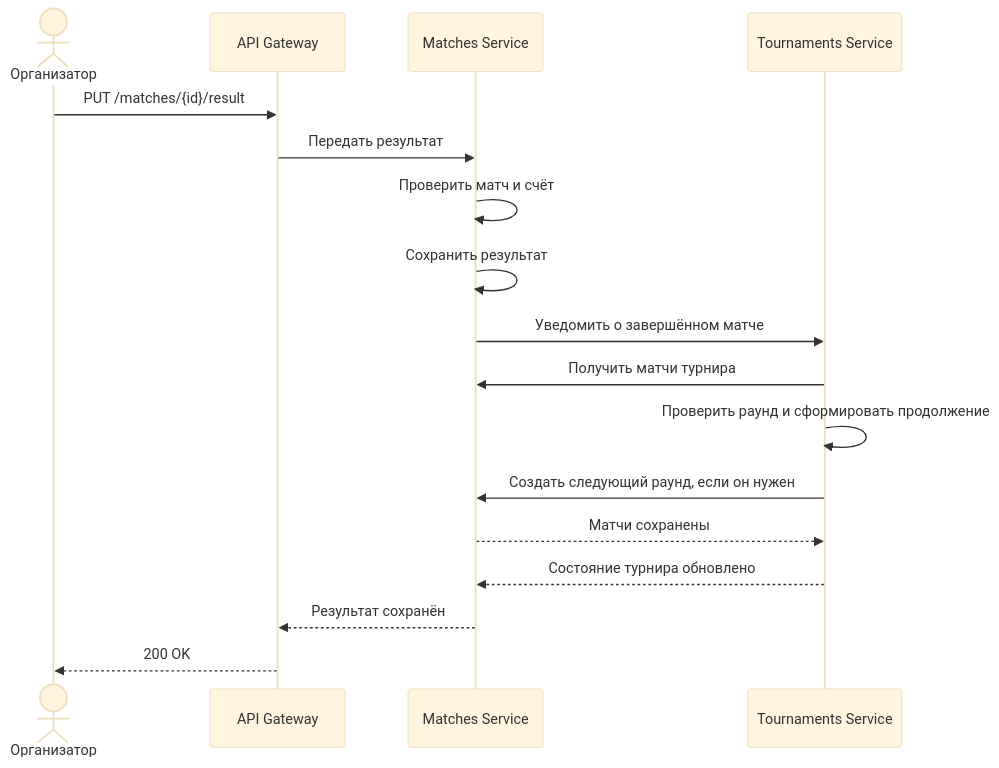
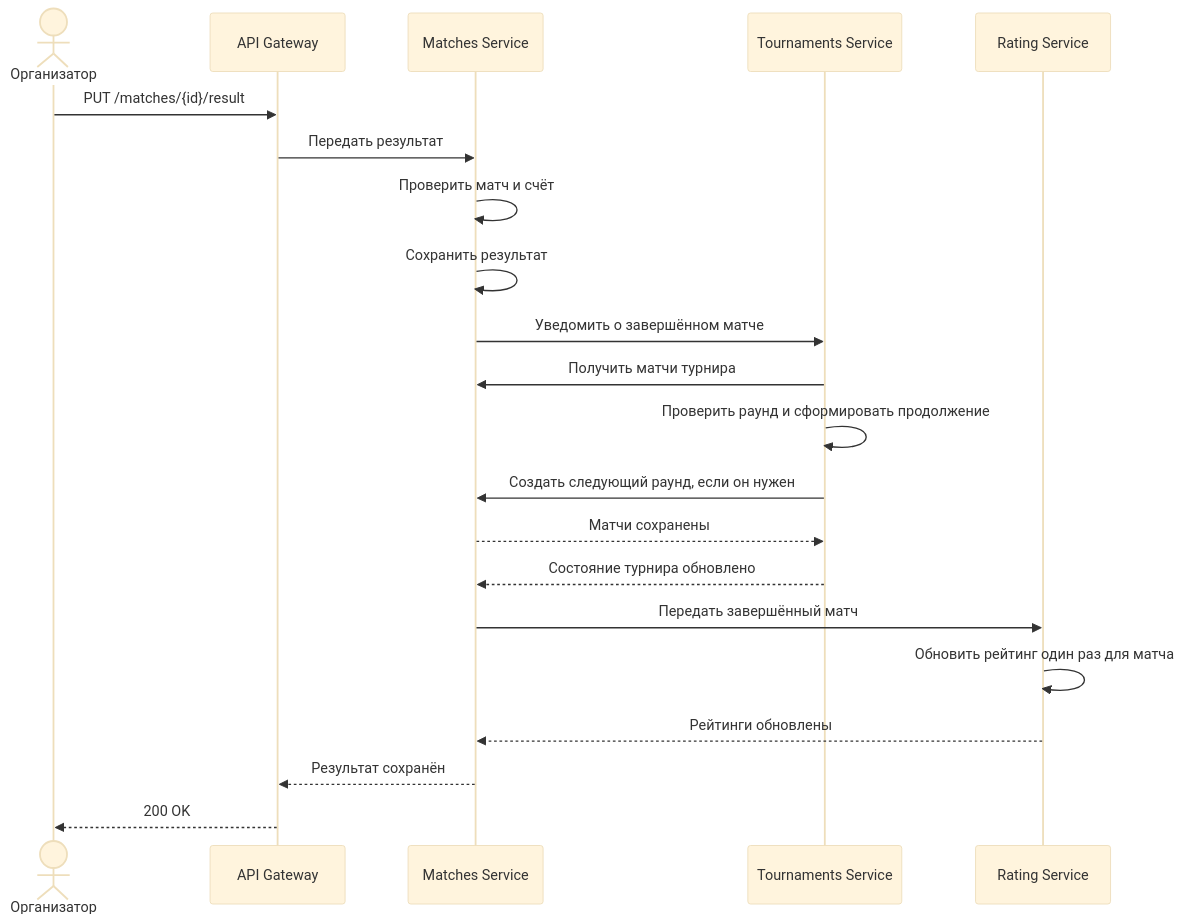
The third of 3 diagrams in docs/ARCHITECTURE.md (Neyvk/TournamentPlatform), drawn with Mermaid (base theme) before and after one commit. The commit also changed other lines of this file and 9 other files, not shown here.

````diff
--- a/docs/ARCHITECTURE.md
+++ b/docs/ARCHITECTURE.md
@@ -241,20 +241,24 @@
 ```mermaid
 sequenceDiagram
     actor Organizer as Организатор
     participant Gateway as API Gateway
     participant Matches as Matches Service
     participant Tournaments as Tournaments Service
+    participant Rating as Rating Service
 
     Organizer->>Gateway: PUT /matches/{id}/result
     Gateway->>Matches: Передать результат
     Matches->>Matches: Проверить матч и счёт
     Matches->>Matches: Сохранить результат
     Matches->>Tournaments: Уведомить о завершённом матче
     Tournaments->>Matches: Получить матчи турнира
     Tournaments->>Tournaments: Проверить раунд и сформировать продолжение
     Tournaments->>Matches: Создать следующий раунд, если он нужен
     Matches-->>Tournaments: Матчи сохранены
     Tournaments-->>Matches: Состояние турнира обновлено
+    Matches->>Rating: Передать завершённый матч
+    Rating->>Rating: Обновить рейтинг один раз для матча
+    Rating-->>Matches: Рейтинги обновлены
     Matches-->>Gateway: Результат сохранён
     Gateway-->>Organizer: 200 OK
 ```
````
